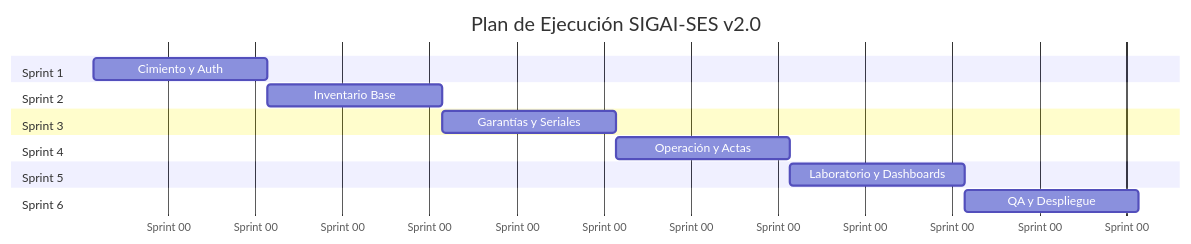
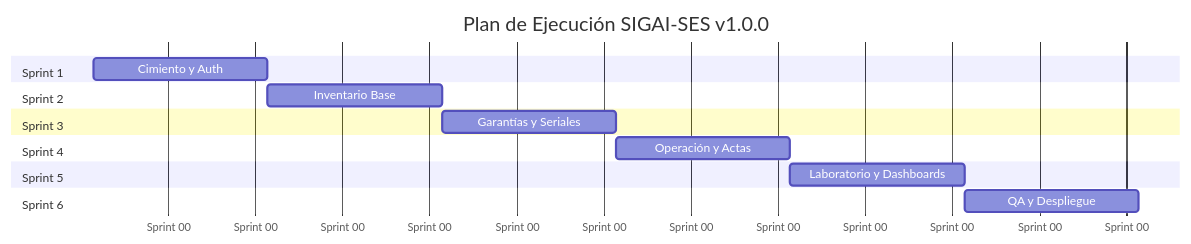
The third of 3 diagrams in ENTREGABLES_SIGAI_SES/02_DOCUMENTACION_GESTION/00_PROPUESTA_TECNICA.md (mrwil82/SIGAI-SES), drawn with Mermaid before and after one commit. The commit also changed other lines of this file and 54 other files, not shown here.

Commit message:
Actualizar documentación SIGAI-SES: consistencia v1.0.0, generación de PDFs y corrección de anclas de navegación

````diff
--- a/ENTREGABLES_SIGAI_SES/02_DOCUMENTACION_GESTION/00_PROPUESTA_TECNICA.md
+++ b/ENTREGABLES_SIGAI_SES/02_DOCUMENTACION_GESTION/00_PROPUESTA_TECNICA.md
@@ -222,24 +222,24 @@
 ```mermaid
 gantt
- title Plan de Ejecución SIGAI-SES v2.0
+ title Plan de Ejecución SIGAI-SES v1.0.0
  dateFormat YYYY-MM-DD
  axisFormat Sprint %S
 
  section Sprint 1
  Cimiento y Auth :s1, 2026-05-04, 14d
 
  section Sprint 2
  Inventario Base :s2, after s1, 14d
 
  section Sprint 3
  Garantías y Seriales :s3, after s2, 14d
 
  section Sprint 4
  Operación y Actas :s4, after s3, 14d
 
  section Sprint 5
  Laboratorio y Dashboards :s5, after s4, 14d
 
  section Sprint 6
  QA y Despliegue :s6, after s5, 14d
 ```
````
